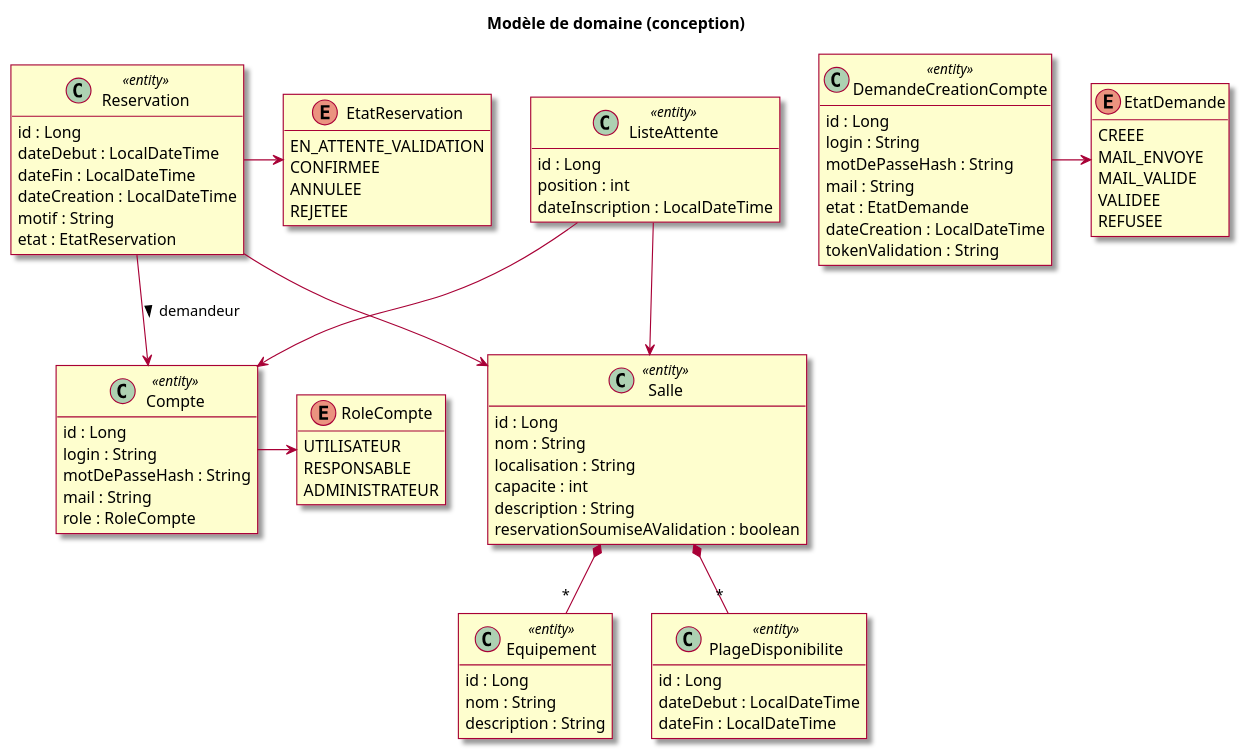
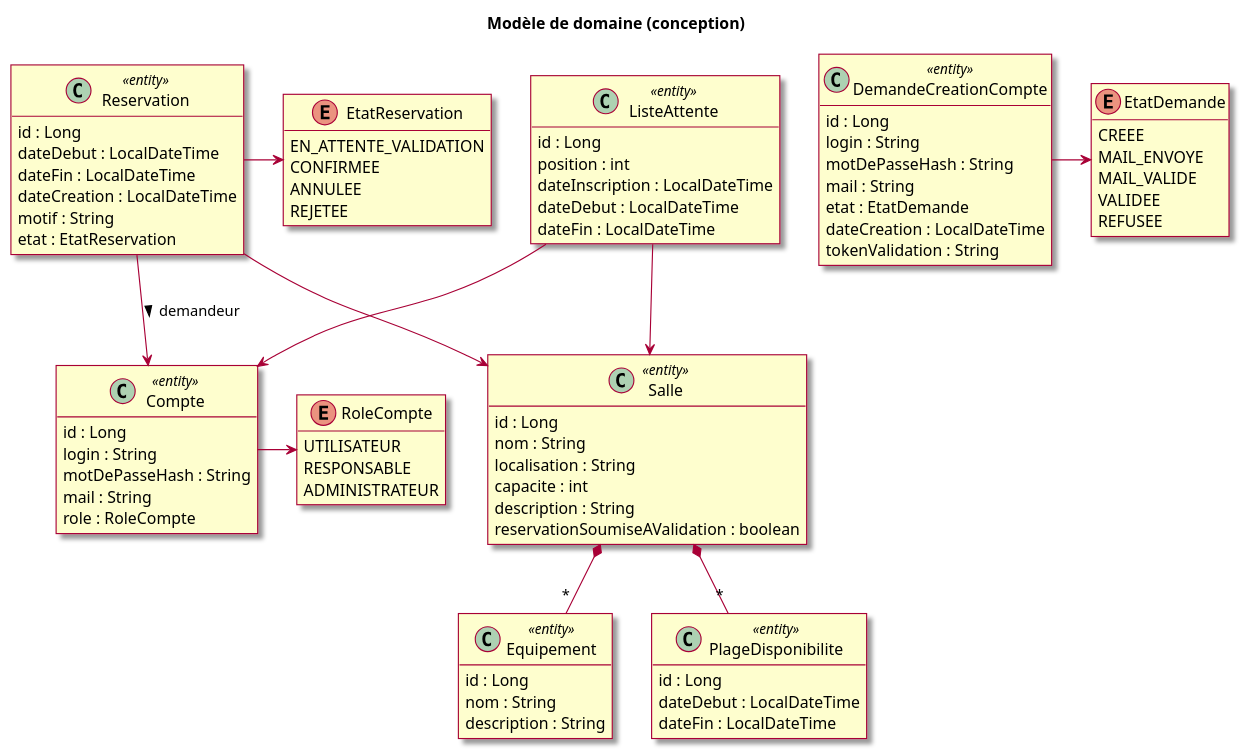
One commit to mrajaonson/glg204-room-management-system changed diagram 33 of 36 in docs/03-Conception.md. Above: the diagram before and after it, drawn with PlantUML. The commit also changed other lines of this file and 5 other files, not shown here.

```diff
--- a/docs/03-Conception.md
+++ b/docs/03-Conception.md
@@ -1366,6 +1598,8 @@
   id : Long
   position : int
   dateInscription : LocalDateTime
+  dateDebut : LocalDateTime
+  dateFin : LocalDateTime
 }
 
 Compte -> RoleCompte
```
